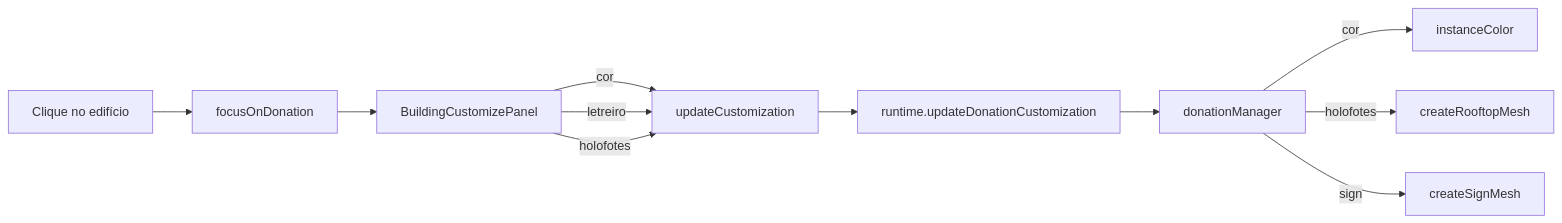
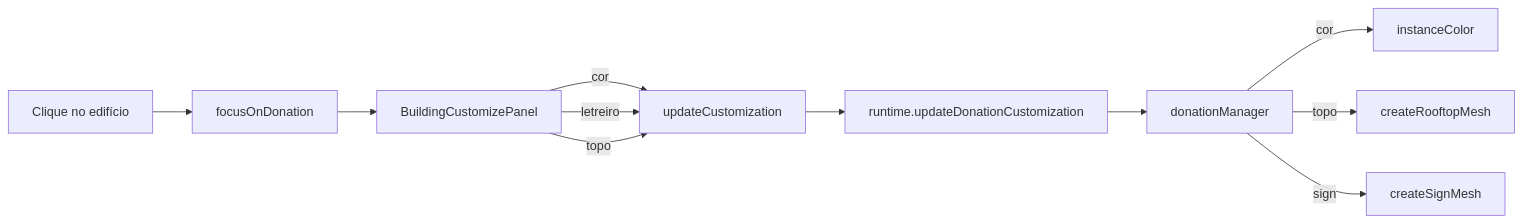
One commit to RaeII/pixcity changed the second of 2 diagrams in doc-pixcity/index.md. Above: the diagram before and after it, drawn with Mermaid. The commit also changed other lines of this file and 9 other files, not shown here.

````diff
--- a/doc-pixcity/index.md
+++ b/doc-pixcity/index.md
@@ -179,13 +179,13 @@
 ```mermaid
 flowchart LR
     Click[Clique no edifício] --> Focus[focusOnDonation]
     Focus --> Panel[BuildingCustomizePanel]
     Panel --> |cor| UC[updateCustomization]
     Panel --> |letreiro| UC
-    Panel --> |holofotes| UC
+    Panel --> |topo| UC
     UC --> Runtime[runtime.updateDonationCustomization]
     Runtime --> DM[donationManager]
     DM --> |cor| IC[instanceColor]
-    DM --> |holofotes| RM[createRooftopMesh]
+    DM --> |topo| RM[createRooftopMesh]
     DM --> |sign| SM[createSignMesh]
 ```
````
